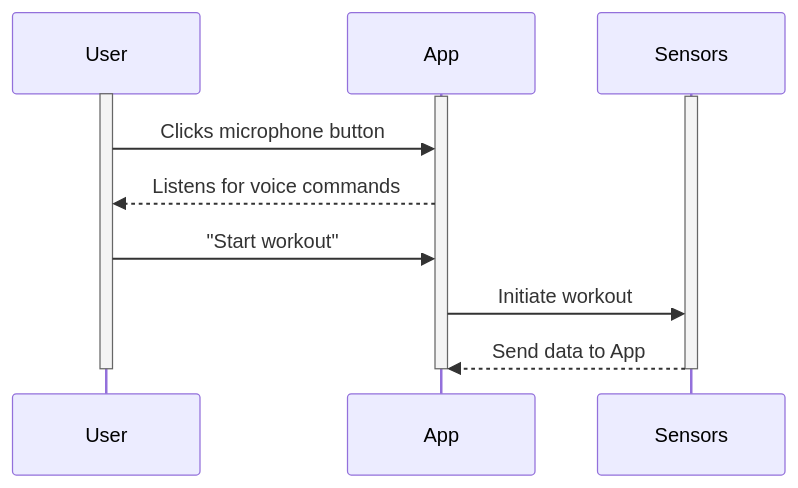
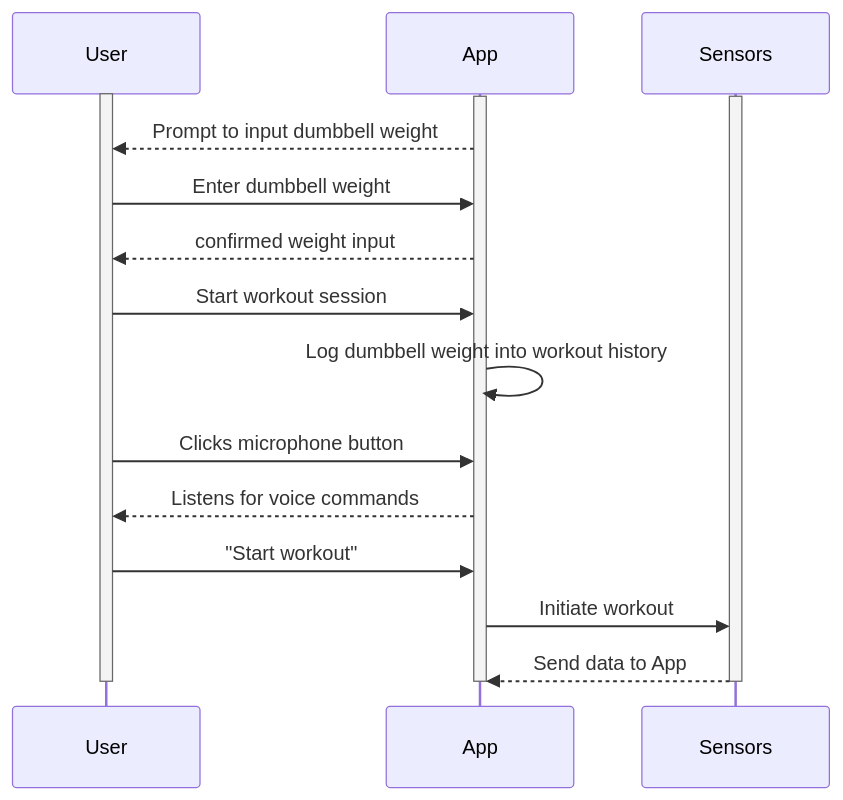
Before and after one commit to Capstone-Projects-2024-Spring/project-smartweights: the fifth of 11 diagrams in documentation/docs/system-architecture/sequence-diagrams.md, drawn with Mermaid. The commit also changed other lines of this file and 7 other files, not shown here.

````diff
--- a/documentation/docs/system-architecture/sequence-diagrams.md
+++ b/documentation/docs/system-architecture/sequence-diagrams.md
@@ -190,21 +157,27 @@
 ```mermaid 
 sequenceDiagram
     participant User
     participant App
 
     activate User
     activate App
     activate Sensors
+    App-->>User: Prompt to input dumbbell weight
+    User->>App: Enter dumbbell weight
+    App-->>User: confirmed weight input
+    User->>App: Start workout session
+    App->>App: Log dumbbell weight into workout history
+
     User->>App: Clicks microphone button
     App-->> User: Listens for voice commands
     User->>App: "Start workout"
     App->>Sensors: Initiate workout
     Sensors -->> App: Send data to App
 
   
 
     deactivate User
     deactivate App
     deactivate Sensors
 
 ```
````
